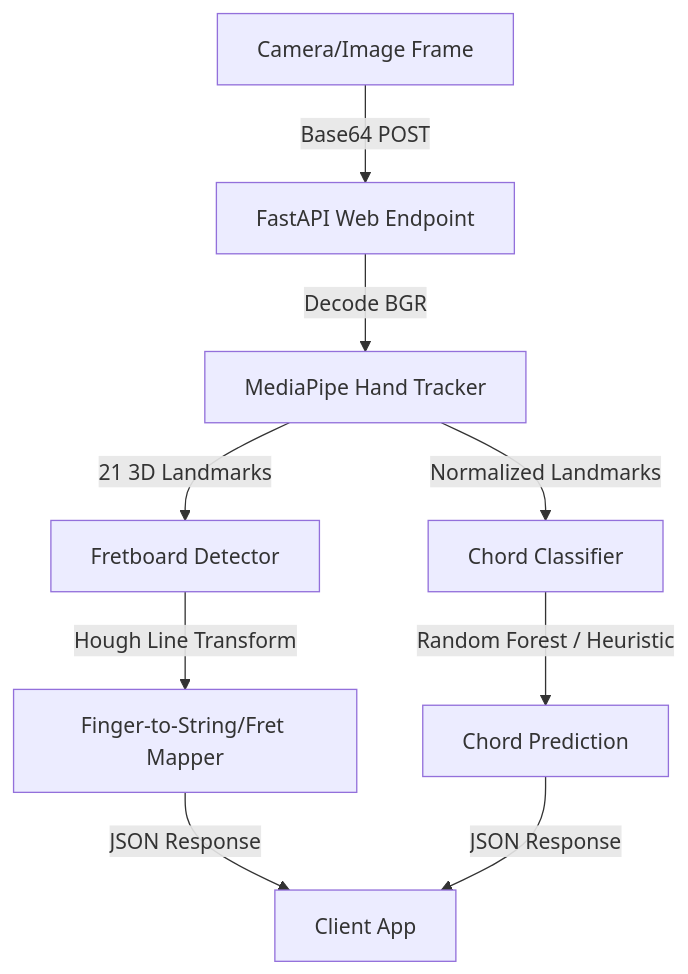
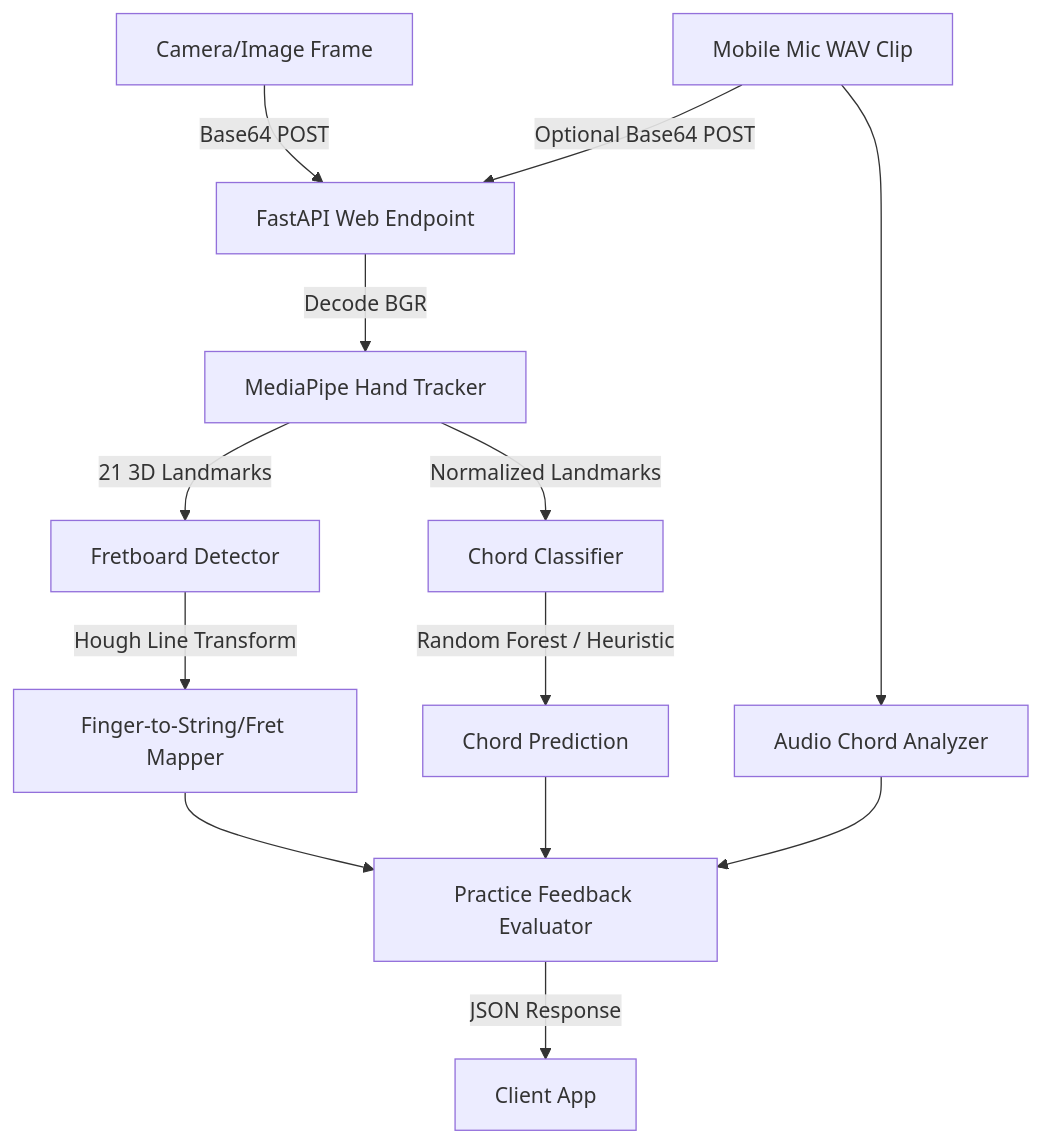
One commit to P-M-Manmohan/Guitar_Trainer changed the diagram in ml-service/summary.md. Above: the diagram before and after it, drawn with Mermaid. The commit also changed other lines of this file and 12 other files, not shown here.

Commit message:
Add live chord practice analysis with audio-video feedback

````diff
--- a/ml-service/summary.md
+++ b/ml-service/summary.md
@@ -9,10 +9,13 @@
 ```mermaid
 graph TD
     Frame[Camera/Image Frame] -->|Base64 POST| API[FastAPI Web Endpoint]
+    Audio[Mobile Mic WAV Clip] -->|Optional Base64 POST| API
     API -->|Decode BGR| MT[MediaPipe Hand Tracker]
     MT -->|21 3D Landmarks| FD[Fretboard Detector]
     MT -->|Normalized Landmarks| FC[Chord Classifier]
+    Audio --> AC[Audio Chord Analyzer]
     FD -->|Hough Line Transform| Map[Finger-to-String/Fret Mapper]
     FC -->|Random Forest / Heuristic| Class[Chord Prediction]
-    Map & Class -->|JSON Response| Client[Client App]
+    Map & Class & AC --> Practice[Practice Feedback Evaluator]
+    Practice -->|JSON Response| Client[Client App]
 ```
````
